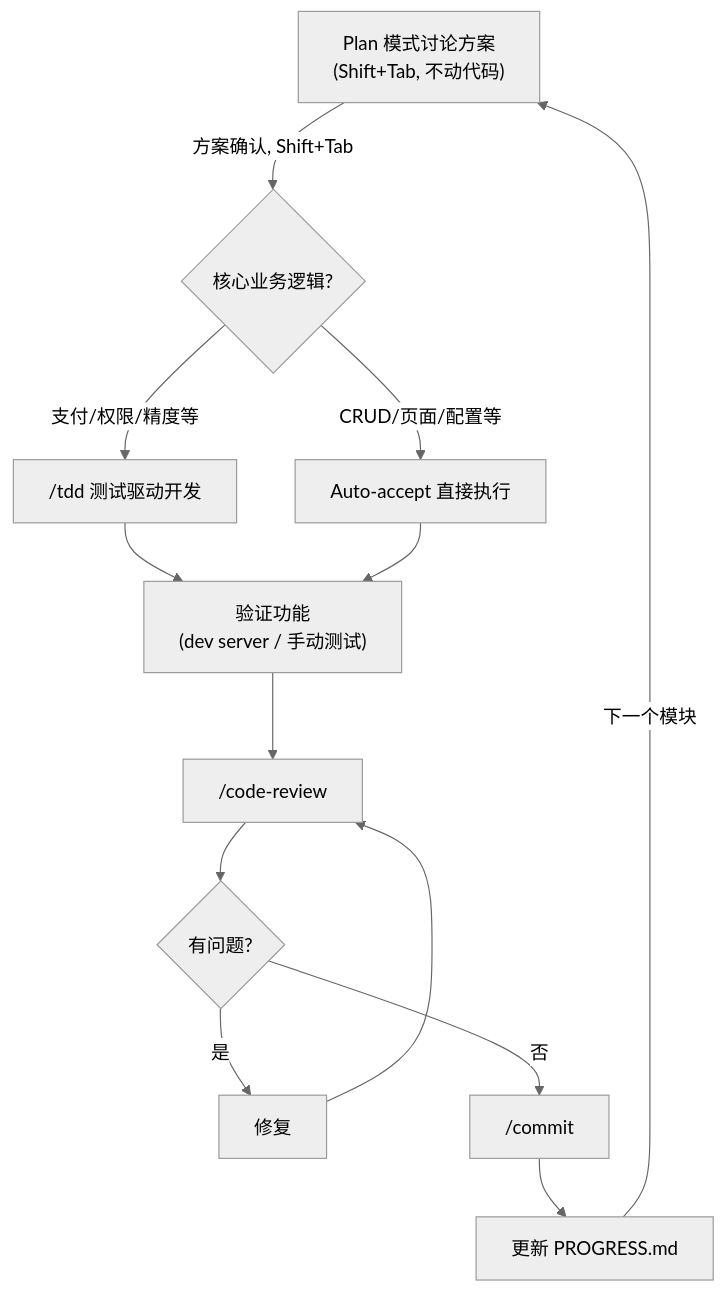
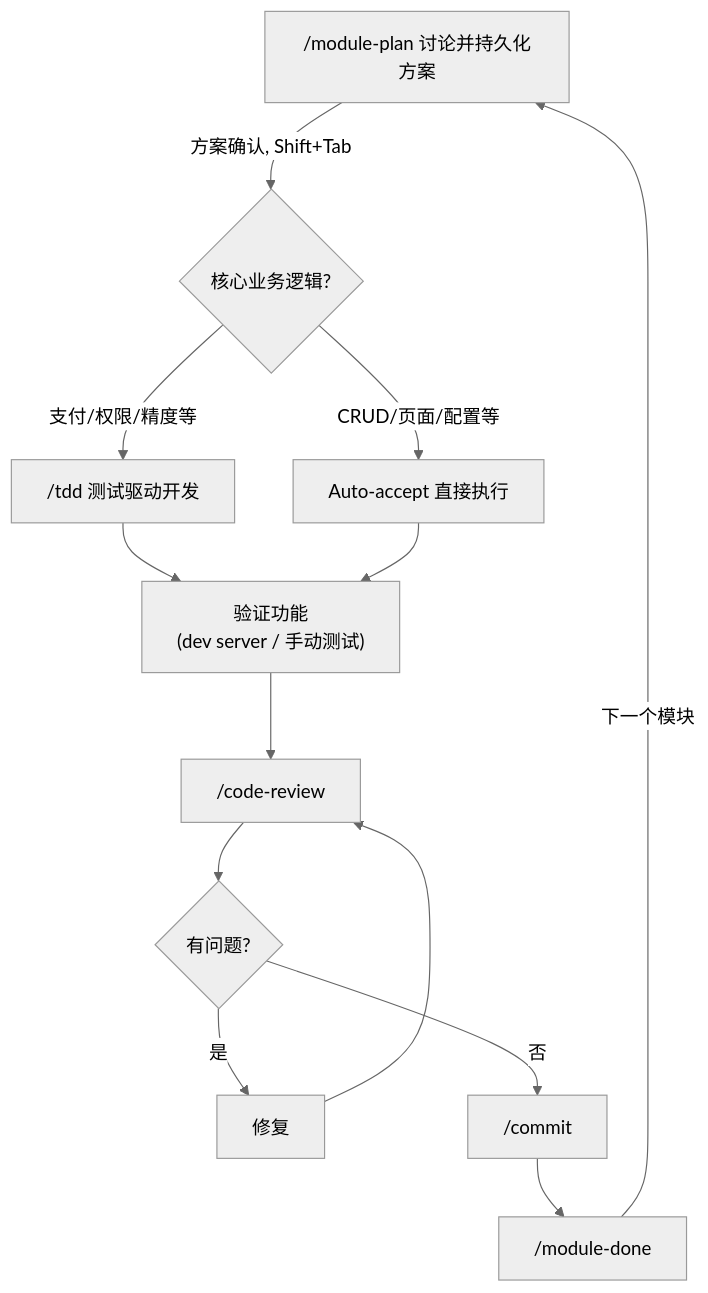
One commit to shrekshrek/project-workflow changed the third of 4 diagrams in WORKFLOW.md. Above: the diagram before and after it, drawn with Mermaid (neutral theme). The commit also changed other lines of this file and 14 other files, not shown here.

````diff
--- a/WORKFLOW.md
+++ b/WORKFLOW.md
@@ -334,14 +291,14 @@
 ```mermaid
 flowchart TD
-    A["Plan 模式讨论方案\n(Shift+Tab, 不动代码)"] -->|"方案确认, Shift+Tab"| B{"核心业务逻辑?"}
+    A["/module-plan 讨论并持久化方案"] -->|"方案确认, Shift+Tab"| B{"核心业务逻辑?"}
     B -->|"支付/权限/精度等"| TDD["/tdd 测试驱动开发"]
     B -->|"CRUD/页面/配置等"| Direct["Auto-accept 直接执行"]
     TDD --> V["验证功能\n(dev server / 手动测试)"]
     Direct --> V
     V --> CR["/code-review"]
     CR --> Fix{"有问题?"}
     Fix -->|"是"| FixIt["修复"] --> CR
     Fix -->|"否"| Commit["/commit"]
-    Commit --> Update["更新 PROGRESS.md"]
+    Commit --> Update["/module-done"]
     Update -->|"下一个模块"| A
 ```
````
